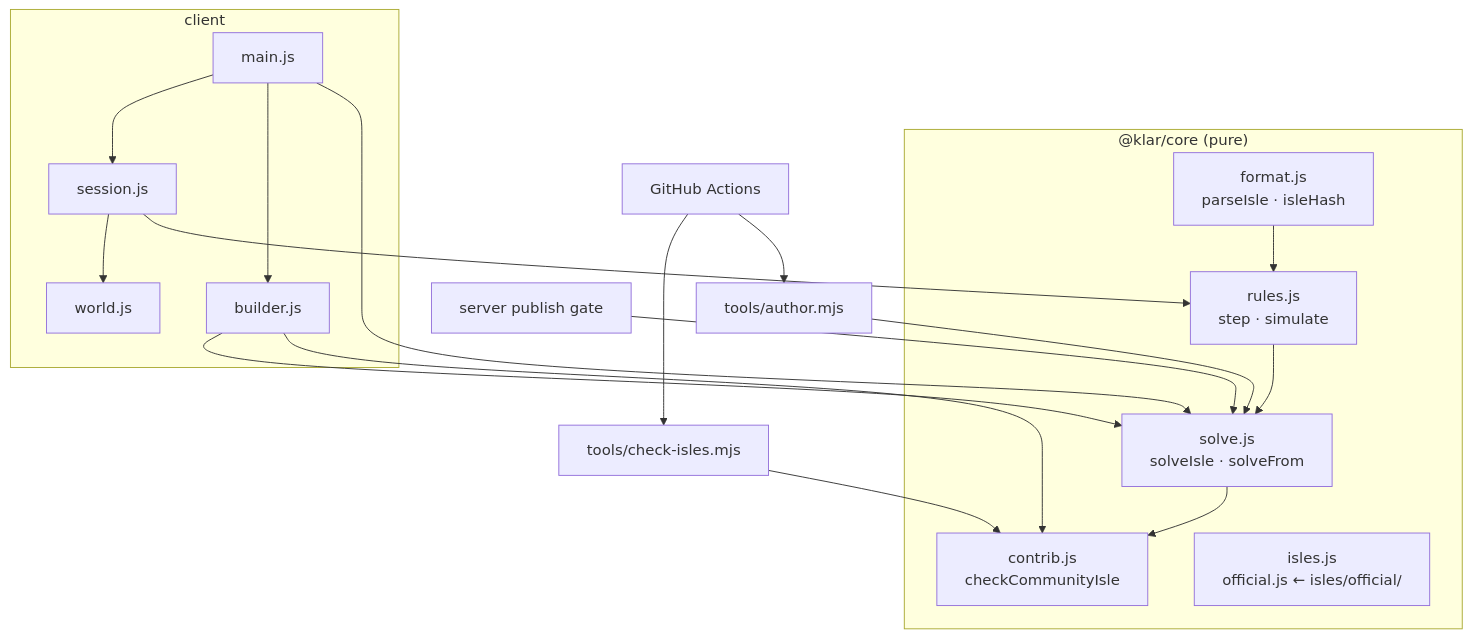
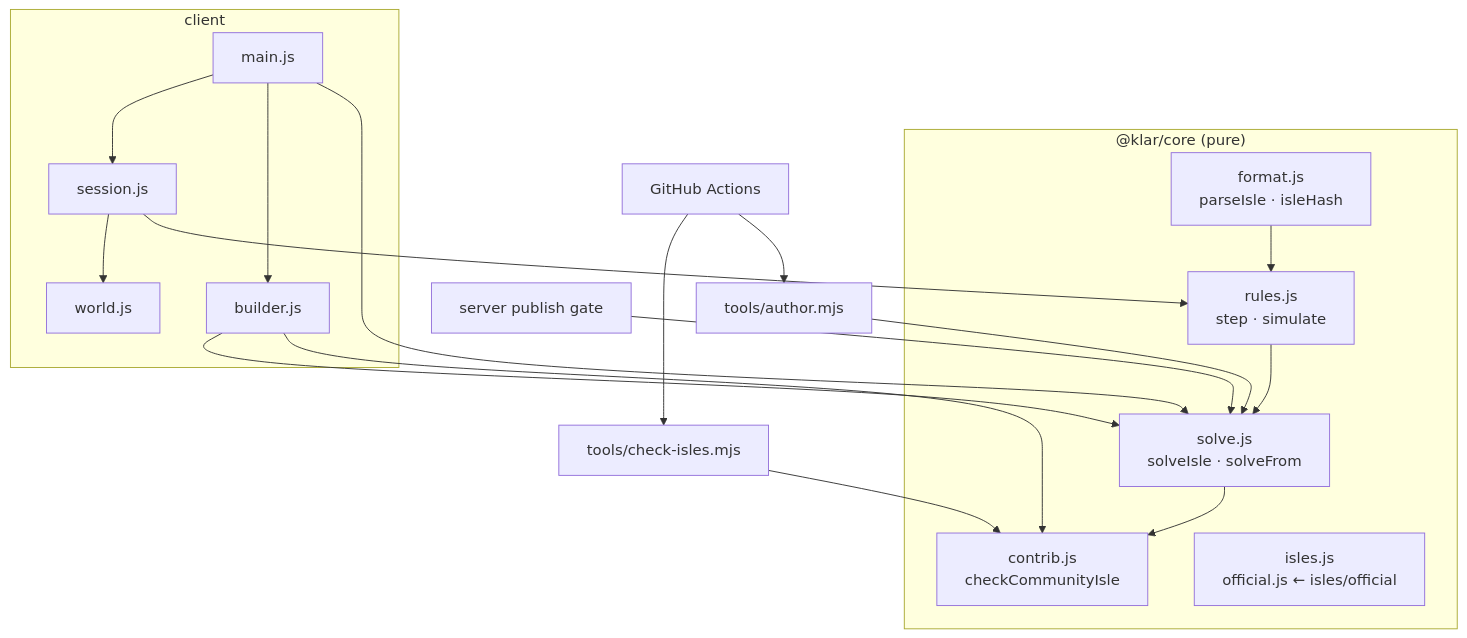
One commit to TanmoyP/klarbase changed the diagram in ENGINEERING.md. Above: the diagram before and after it, drawn with Mermaid.

Commit message:
docs: quote mermaid label

````diff
--- a/ENGINEERING.md
+++ b/ENGINEERING.md
@@ -83,22 +83,22 @@
 ```mermaid
 graph TD
   subgraph core["@klar/core (pure)"]
     F[format.js<br/>parseIsle · isleHash] --> R[rules.js<br/>step · simulate]
     R --> S[solve.js<br/>solveIsle · solveFrom]
     S --> C[contrib.js<br/>checkCommunityIsle]
-    I[isles.js<br/>official.js ← isles/official/]
+    I["isles.js<br/>official.js ← isles/official"]
   end
   subgraph client
     M[main.js] --> SE[session.js] --> W[world.js]
     M --> B[builder.js]
   end
   SE --> R
   B --> S
   B --> C
   M --> S
   SRV[server publish gate] --> S
   CHK[tools/check-isles.mjs] --> C
   AUT[tools/author.mjs] --> S
   CI[GitHub Actions] --> CHK
   CI --> AUT
 ```
````
